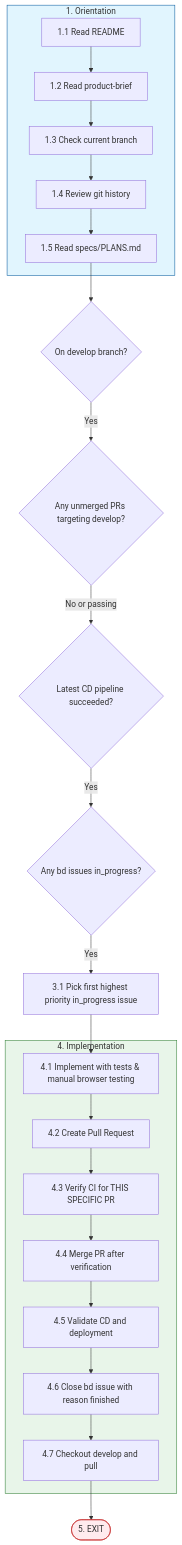
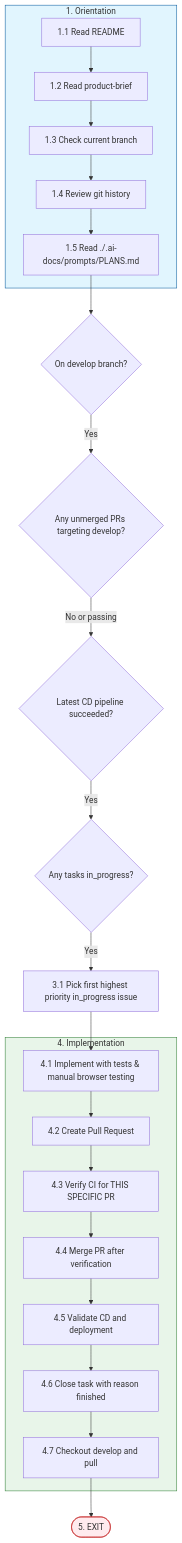
Before and after one commit to htxryan/ralph-tui: the diagram in .ralph/workflows/05-resume-in-progress.md, drawn with Mermaid. The commit also changed other lines of this file and 22 other files, not shown here.

````diff
--- a/.ralph/workflows/05-resume-in-progress.md
+++ b/.ralph/workflows/05-resume-in-progress.md
@@ -7,35 +7,35 @@
 ```mermaid
 flowchart TD
     subgraph orientation[1. Orientation]
         A1[1.1 Read README]
         A2[1.2 Read product-brief]
         A3[1.3 Check current branch]
         A4[1.4 Review git history]
-        A5[1.5 Read specs/PLANS.md]
+        A5[1.5 Read ./.ai-docs/prompts/PLANS.md]
         A1 --> A2 --> A3 --> A4 --> A5
     end
 
     A5 --> B{On develop branch?}
     B -->|Yes| D1{Any unmerged PRs targeting develop?}
     D1 -->|No or passing| E1{Latest CD pipeline succeeded?}
-    E1 -->|Yes| F1{Any bd issues in_progress?}
+    E1 -->|Yes| F1{Any tasks in_progress?}
     F1 -->|Yes| F2[3.1 Pick first highest priority in_progress issue]
     F2 --> C1
 
     subgraph implementation[4. Implementation]
         C1[4.1 Implement with tests & manual browser testing]
         C2[4.2 Create Pull Request]
         C3[4.3 Verify CI for THIS SPECIFIC PR]
         C4[4.4 Merge PR after verification]
         C5[4.5 Validate CD and deployment]
-        C6[4.6 Close bd issue with reason finished]
+        C6[4.6 Close task with reason finished]
         C7[4.7 Checkout develop and pull]
         C1 --> C2 --> C3 --> C4 --> C5 --> C6 --> C7
     end
 
     C7 --> FINISH([5. EXIT])
 
     style orientation fill:#e1f5fe,stroke:#01579b
     style implementation fill:#e8f5e9,stroke:#2e7d32
     style FINISH fill:#ffebee,stroke:#c62828
 ```
````
